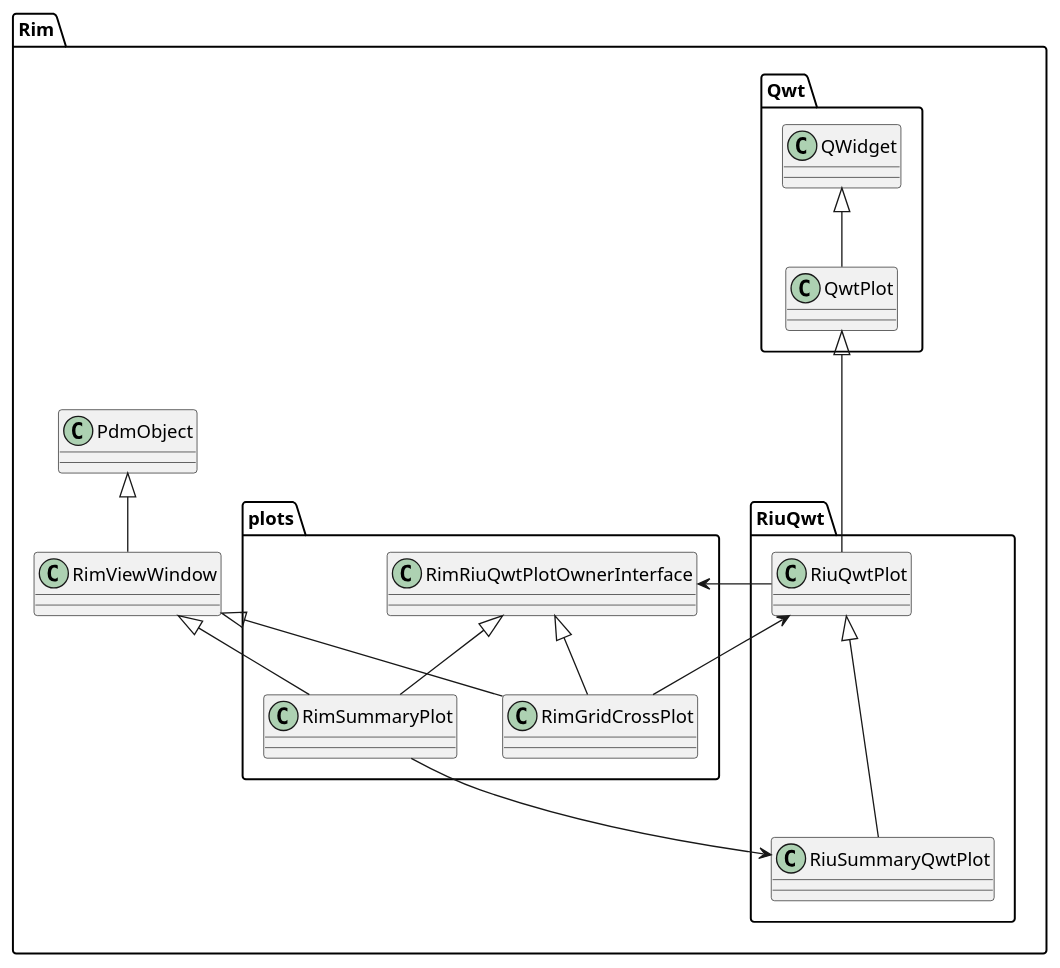
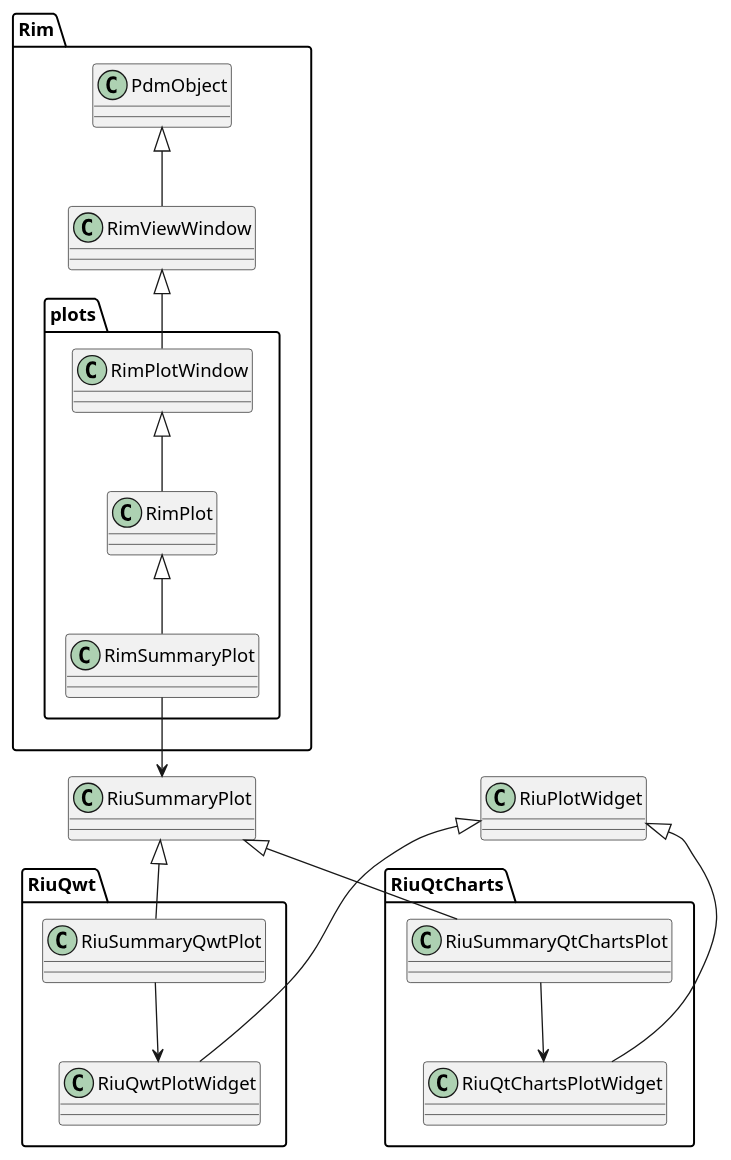
The diagram in doc/qwtplot.plantuml (OPM/ResInsight), drawn with PlantUML before and after one commit.

Commit message:
Update plot uml diagram

```diff
--- a/doc/qwtplot.plantuml
+++ b/doc/qwtplot.plantuml
@@ -1,25 +1,31 @@
 @startuml
 package Rim {
-
 PdmObject <|-- RimViewWindow
 package plots {
-RimViewWindow <|-- RimGridCrossPlot
-RimViewWindow <|-- RimSummaryPlot
-RimRiuQwtPlotOwnerInterface <|-- RimGridCrossPlot
-RimRiuQwtPlotOwnerInterface <|-- RimSummaryPlot
+RimViewWindow <|-- RimPlotWindow
+RimPlotWindow <|-- RimPlot
+RimPlot <|-- RimSummaryPlot
+}
 }
 
-package Qwt {
-QWidget <|-- QwtPlot
+package RiuQwt {
+class RiuSummaryQwtPlot
+class RiuQwtPlotWidget
 }
 
-package RiuQwt
-{
-QwtPlot <|--- RiuQwtPlot
-RiuQwtPlot <|--- RiuSummaryQwtPlot
-RiuQwtPlot -r-> RimRiuQwtPlotOwnerInterface
+package RiuQtCharts {
+class RiuSummaryQtChartsPlot
+class RiuQtChartsPlotWidget
 }
 
-RimSummaryPlot -r-> RiuSummaryQwtPlot
-RimGridCrossPlot -r-> RiuQwtPlot
+RiuPlotWidget <|--- RiuQwtPlotWidget
+RiuSummaryPlot <|-- RiuSummaryQwtPlot
+
+RiuSummaryQwtPlot --> RiuQwtPlotWidget
+RiuSummaryQtChartsPlot --> RiuQtChartsPlotWidget
+
+RiuSummaryPlot <|-- RiuSummaryQtChartsPlot
+RiuPlotWidget <|--- RiuQtChartsPlotWidget
+
+RimSummaryPlot --> RiuSummaryPlot
 @enduml
```
